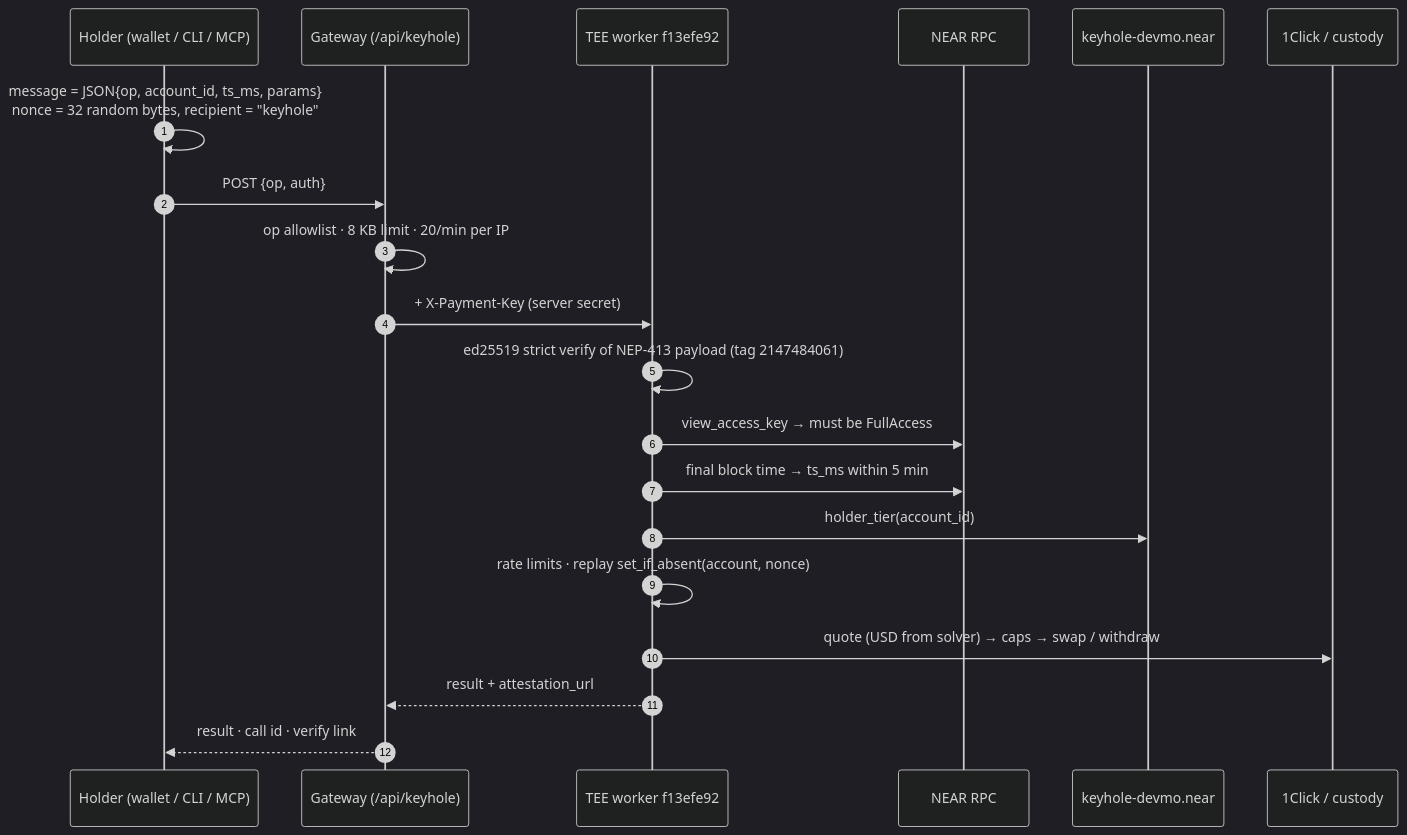
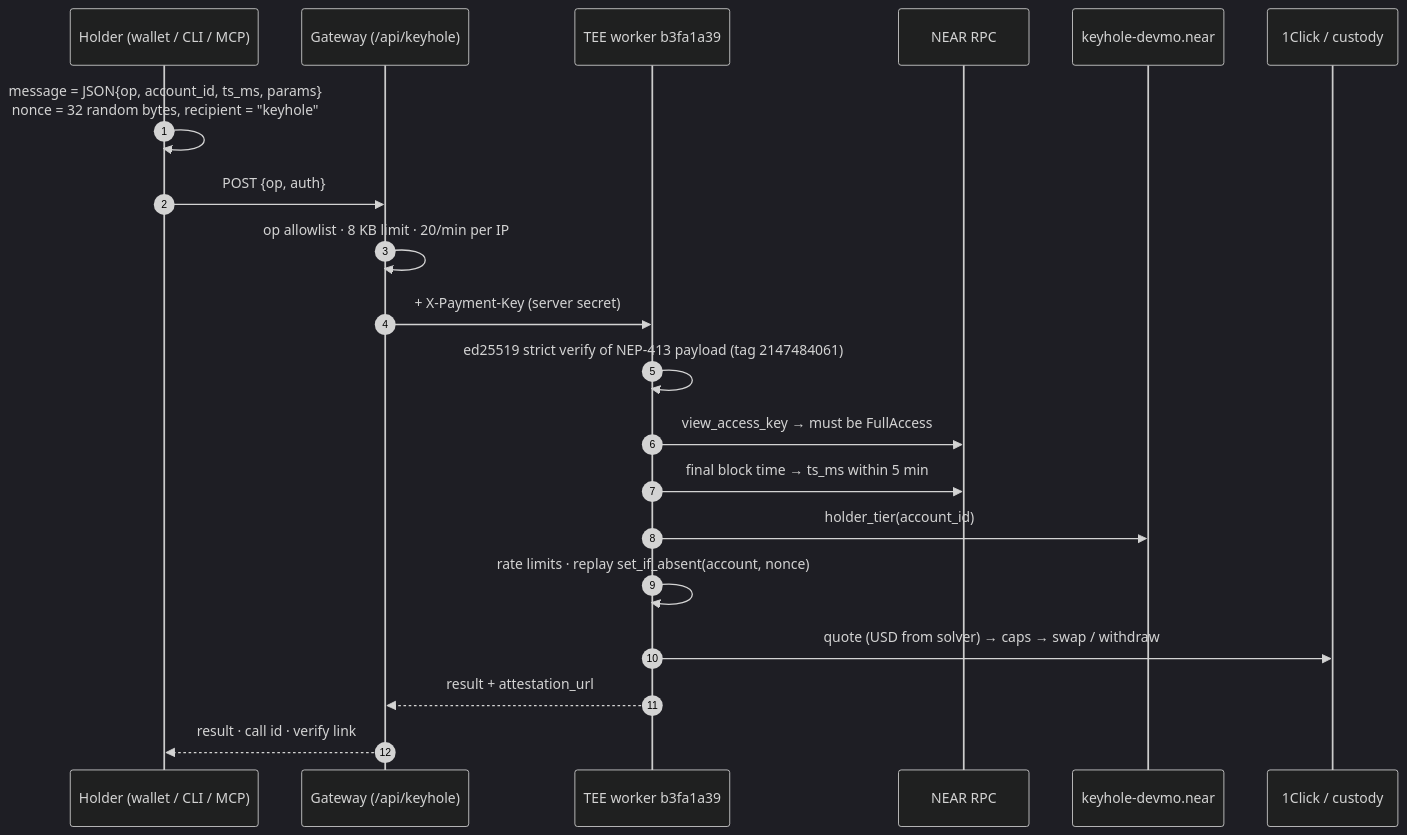
Before and after one commit to mohamedwael201193/keyhole: the second of 2 diagrams in README.md, drawn with Mermaid (dark theme). The commit also changed other lines of this file and 17 other files, not shown here.

````diff
--- a/README.md
+++ b/README.md
@@ -132,22 +161,22 @@
 ```mermaid
 sequenceDiagram
   autonumber
   participant U as Holder (wallet / CLI / MCP)
   participant G as Gateway (/api/keyhole)
-  participant T as TEE worker f13efe92
+  participant T as TEE worker b3fa1a39
   participant R as NEAR RPC
   participant K as keyhole-devmo.near
   participant X as 1Click / custody
   U->>U: message = JSON{op, account_id, ts_ms, params}<br/>nonce = 32 random bytes, recipient = "keyhole"
   U->>G: POST {op, auth}
   G->>G: op allowlist · 8 KB limit · 20/min per IP
   G->>T: + X-Payment-Key (server secret)
   T->>T: ed25519 strict verify of NEP-413 payload (tag 2147484061)
   T->>R: view_access_key → must be FullAccess
   T->>R: final block time → ts_ms within 5 min
   T->>K: holder_tier(account_id)
   T->>T: rate limits · replay set_if_absent(account, nonce)
   T->>X: quote (USD from solver) → caps → swap / withdraw
   T-->>G: result + attestation_url
   G-->>U: result · call id · verify link
 ```
````
